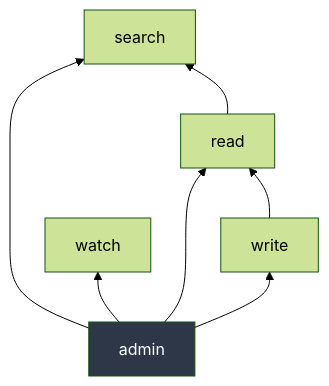
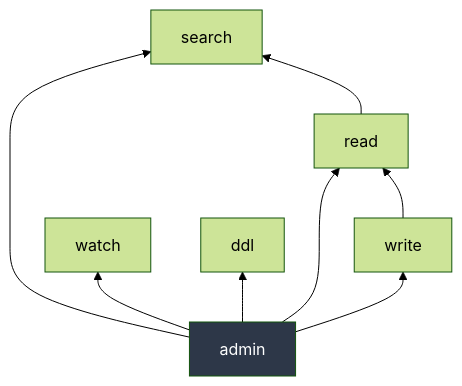
Before and after one commit to titusai-io/kimmydb: the third of 4 diagrams in docs/security.md, drawn with Mermaid (forest theme). The commit also changed other lines of this file and 23 other files, not shown here.

````diff
--- a/docs/security.md
+++ b/docs/security.md
@@ -597,11 +602,12 @@
 ```mermaid
 graph BT
     A["admin"] --> W["write"]
     A --> WA["watch"]
     A --> R["read"]
     A --> S["search"]
+    A --> D["ddl"]
     W --> R
     R --> S
 
     style A fill:#2d3748,color:#fff
 ```
````
